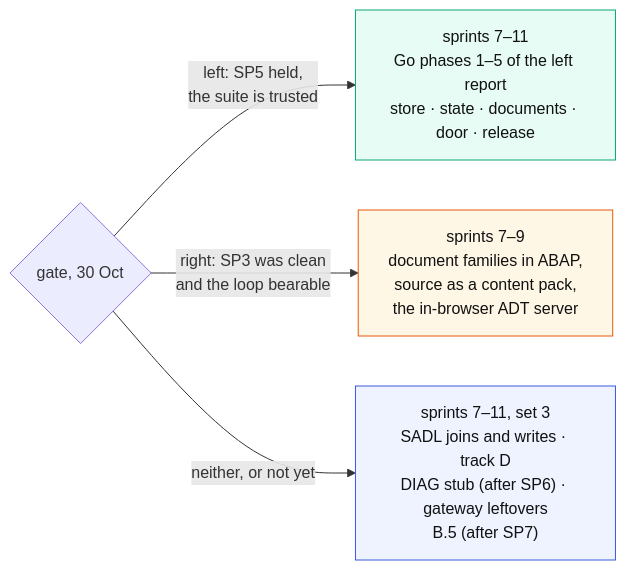
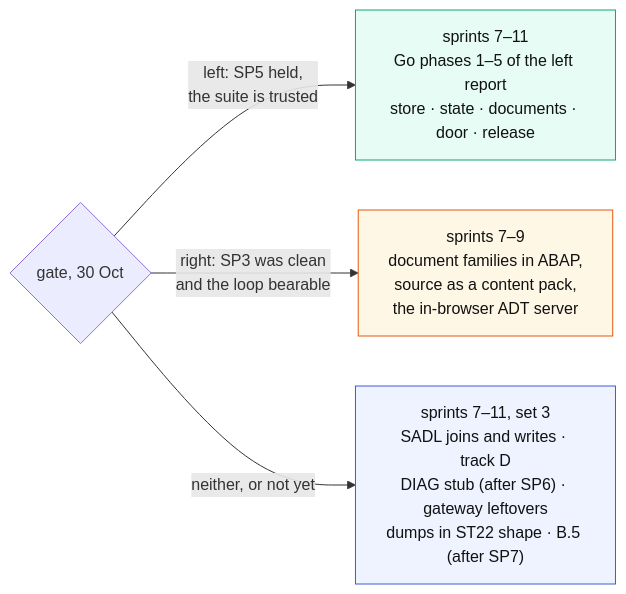
Before and after one commit to oisee/open-steamgate: the second of 2 diagrams in docs/plan-spikes-and-sprints.md, drawn with Mermaid. The commit also changed other lines of this file, not shown here.

First line of the commit message:
The plan, after Astra's second review: two spikes before their work

````diff
--- a/docs/plan-spikes-and-sprints.md
+++ b/docs/plan-spikes-and-sprints.md
@@ -189,13 +198,13 @@
 ```mermaid
 flowchart LR
   G{"gate, 30 Oct"}
   G -- "left: SP5 held,<br/>the suite is trusted" --> L["sprints 7–11<br/>Go phases 1–5 of the left report<br/>store · state · documents · door · release"]
   G -- "right: SP3 was clean<br/>and the loop bearable" --> R["sprints 7–9<br/>document families in ABAP,<br/>source as a content pack,<br/>the in-browser ADT server"]
-  G -- "neither, or not yet" --> N["sprints 7–11, set 3<br/>SADL joins and writes · track D<br/>DIAG stub (after SP6) · gateway leftovers<br/>B.5 (after SP7)"]
+  G -- "neither, or not yet" --> N["sprints 7–11, set 3<br/>SADL joins and writes · track D<br/>DIAG stub (after SP6) · gateway leftovers<br/>dumps in ST22 shape · B.5 (after SP7)"]
   classDef go fill:#e6fcf5,stroke:#0ca678,color:#111
   classDef abap fill:#fff7e6,stroke:#e8590c,color:#111
   classDef js fill:#eef3ff,stroke:#3b5bdb,color:#111
   class L go
   class R abap
   class N js
 ```
````
